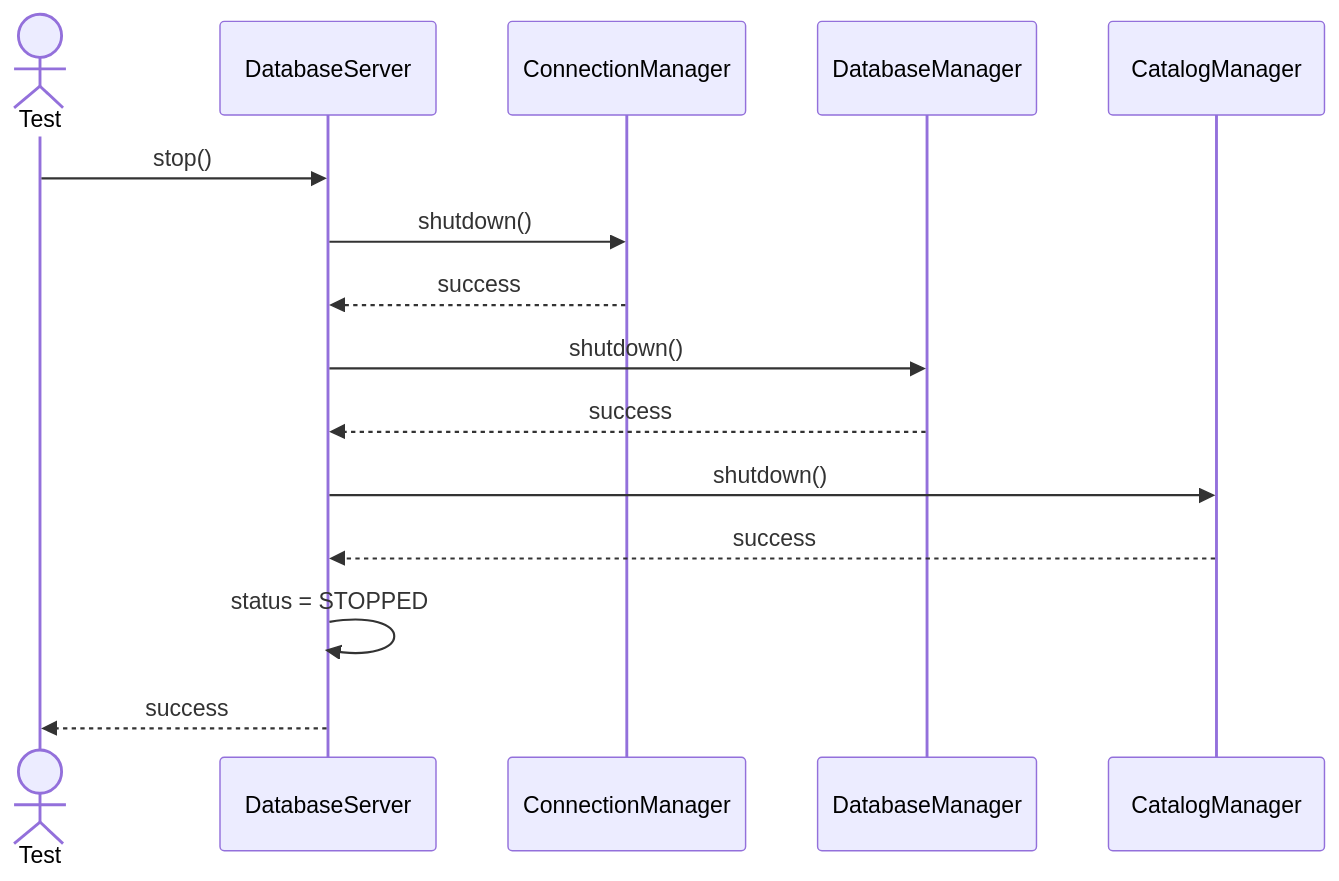
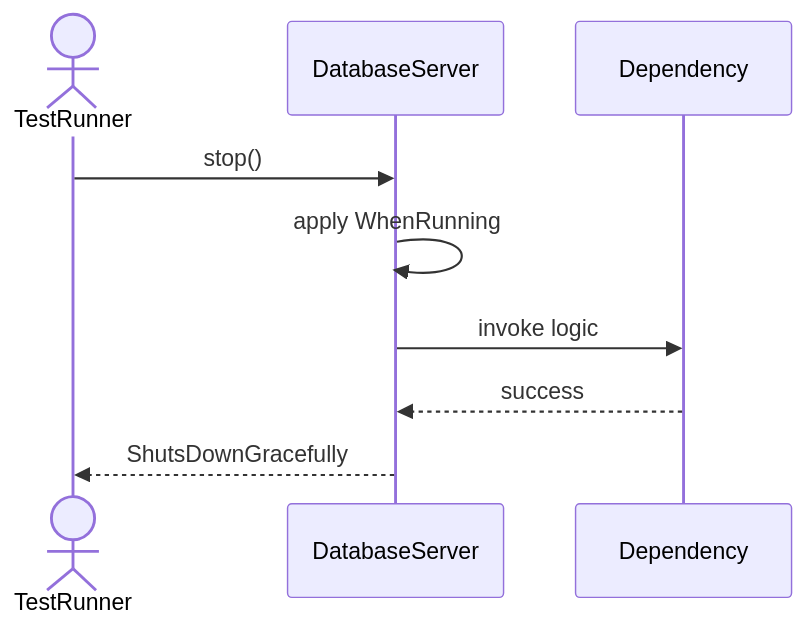
Before and after one commit to TamBui1706/DBMS: the third of 10 diagrams in Sequences/Core/DatabaseServer.md, drawn with Mermaid. The commit also changed other lines of this file and 63 other files, not shown here.

Commit message:
Draw sequence diagram for unit tests

````diff
--- a/Sequences/Core/DatabaseServer.md
+++ b/Sequences/Core/DatabaseServer.md
@@ -50,18 +45,10 @@
 ```mermaid
 sequenceDiagram
-    actor Test
+    actor TestRunner
     participant DatabaseServer
-    participant ConnectionManager
-    participant DatabaseManager
-    participant CatalogManager
-
-    Test->>DatabaseServer: stop()
-    DatabaseServer->>ConnectionManager: shutdown()
-    ConnectionManager-->>DatabaseServer: success
-    DatabaseServer->>DatabaseManager: shutdown()
-    DatabaseManager-->>DatabaseServer: success
-    DatabaseServer->>CatalogManager: shutdown()
-    CatalogManager-->>DatabaseServer: success
-    DatabaseServer->>DatabaseServer: status = STOPPED
-    DatabaseServer-->>Test: success
+    TestRunner->>DatabaseServer: stop()
+    DatabaseServer->>DatabaseServer: apply WhenRunning
+    DatabaseServer->>Dependency: invoke logic
+    Dependency-->>DatabaseServer: success
+    DatabaseServer-->>TestRunner: ShutsDownGracefully
 ```
````
